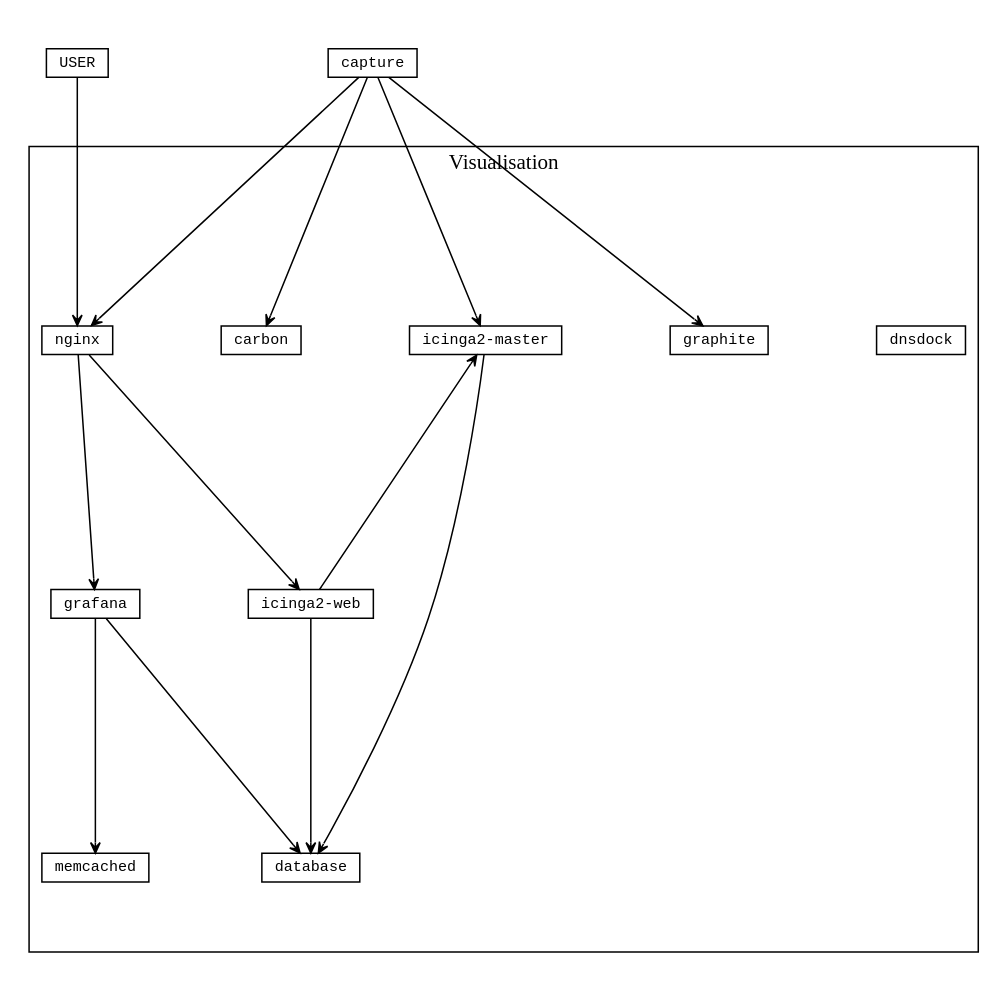
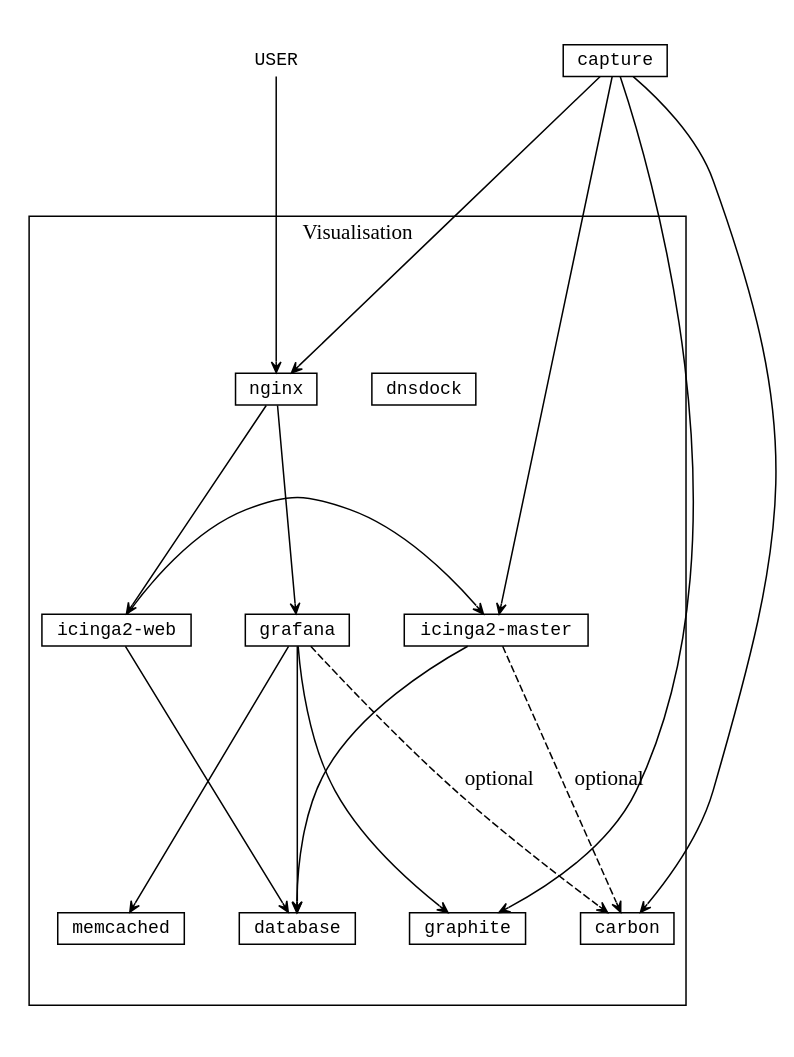
One commit to mfaust/monitoring changed the diagram in documentation/data-visualisation.dot. Above: the diagram before and after it, drawn with Graphviz. The commit also changed 1 other file, not shown here.

```diff
--- a/documentation/data-visualisation.dot
+++ b/documentation/data-visualisation.dot
@@ -1,60 +1,64 @@
 // create: dot data-visualisation.dot  -Tpng -o assets/data-visualisation.png
 
 digraph G {
 
-  nodesep=1.0 // increases the separation between nodes
-  ratio=1
-  overlap=false
-  start=1
-  concentrate=false
+  nodesep     = 0.5 // increases the separation between nodes
+  ratio       = 1.5
+  overlap     = true
+  start       = 1
+  concentrate = false
+
+  splines     = true
+
 
   node [
     fontname = "Courier New",
-    fontsize = 10,
+    fontsize = 12,
     height   = 0.2,
     width    = 0.2,
     shape    = box
   ]
   edge [
-    style=solid,
-    arrowhead="vee",
-    arrowtail="vee",
-    arrowsize="0.7",
+    style     = solid,
+    arrowhead = "vee",
+    arrowtail = "vee",
+    arrowsize = "0.7",
+    splines   = "curved"
   ]
 
   subgraph level0{
-    user                [label="USER",shape=box]
+    user                [label = "USER",shape = none]
   }
   subgraph cluster_visualisation{
     label = "Visualisation";
 
     dnsdock             [label="dnsdock"]
     memcached           [label="memcached"]
     nginx               [label="nginx"]
     carbon              [label="carbon"]
     graphite            [label="graphite"]
     grafana             [label="grafana"]
     icinga2Master       [label="icinga2-master"]
     icinga2Web          [label="icinga2-web"]
     database            [label="database"]
 
-    { rank=same; nginx carbon graphite icinga2Master }
+    { rank = same; icinga2Web icinga2Master grafana }
+    { rank = same; graphite carbon memcached }
   }
+
+  { rank=min; user capture }  [style=invis]
 
   user              -> nginx
 
-  capture           -> nginx
-  capture           -> graphite
-  capture           -> carbon
-  capture           -> icinga2Master
+  capture           -> { nginx graphite carbon icinga2Master }  [weight=1000]
 
-  nginx             -> grafana
-  nginx             -> icinga2Web
+  nginx             -> { grafana icinga2Web }                   [weight=1000]
 
-  grafana           -> database
-  grafana           -> memcached
+  grafana           -> { database memcached graphite }            [weight=1000]
+  grafana           -> carbon     [style=dashed, label="optional", weight=1000]
 
   icinga2Master     -> database
-  icinga2Web        -> database
-  icinga2Web        -> icinga2Master
+  icinga2Master     -> carbon     [style=dashed,label="optional", weight=1000]
+
+  icinga2Web        -> { database icinga2Master }
 }
```
